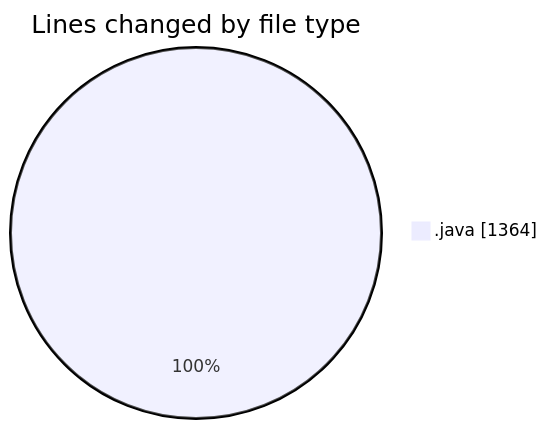
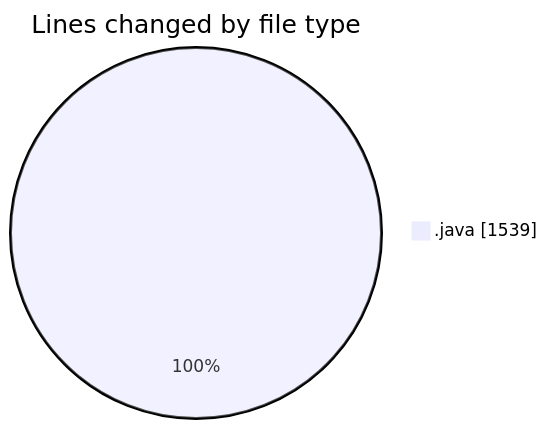
The first of 2 diagrams in 2025-02-23/micros/README.md (charlie-sans/code-tracking), drawn with Mermaid before and after one commit. The commit also changed other lines of this file and 1 other file, not shown here.

````diff
--- a/2025-02-23/micros/README.md
+++ b/2025-02-23/micros/README.md
@@ -24,5 +26,5 @@
 ```mermaid
 pie showData
 title Lines changed by file type
-".java" : 1364
+".java" : 1539
 ```
````
